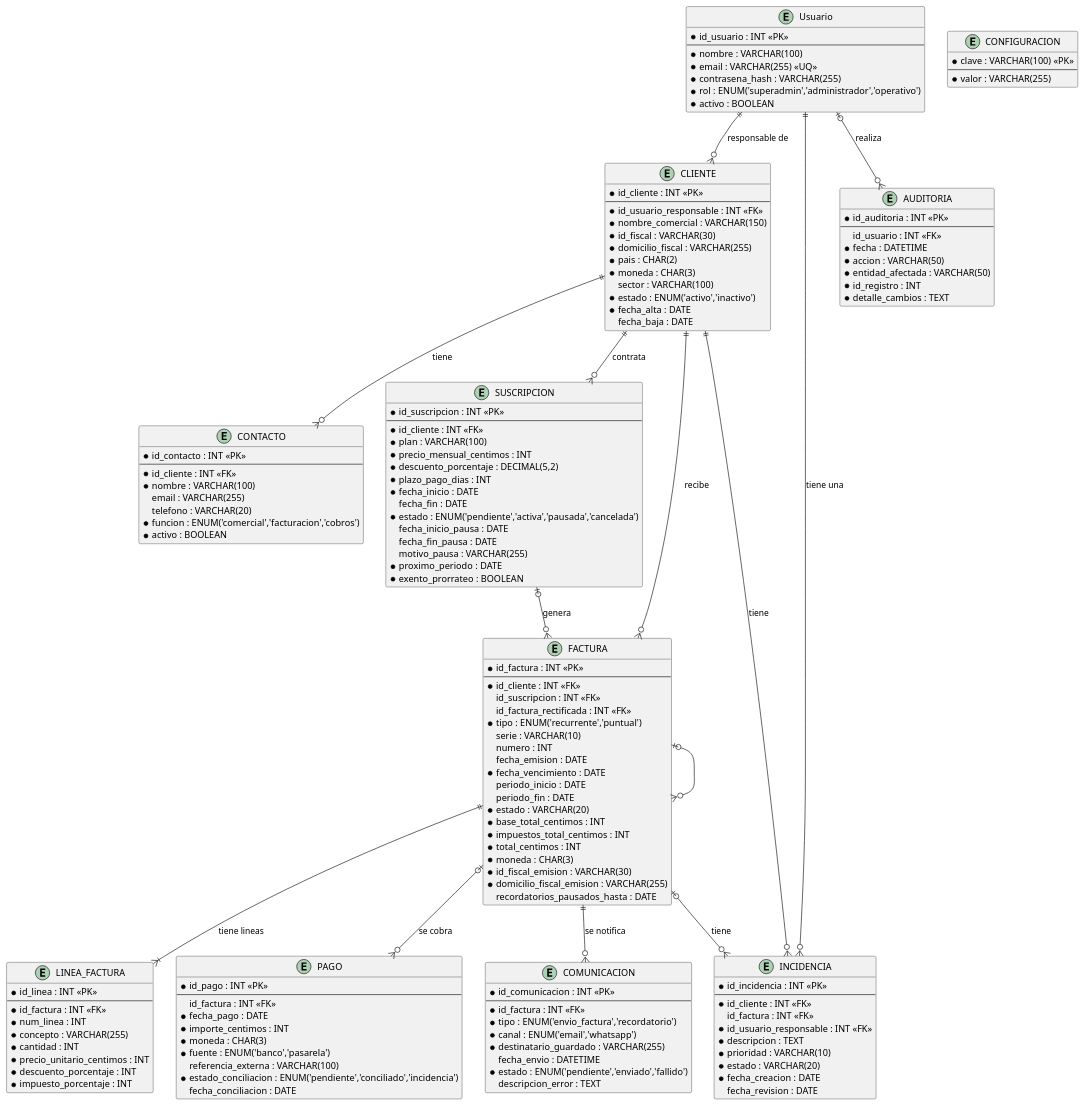
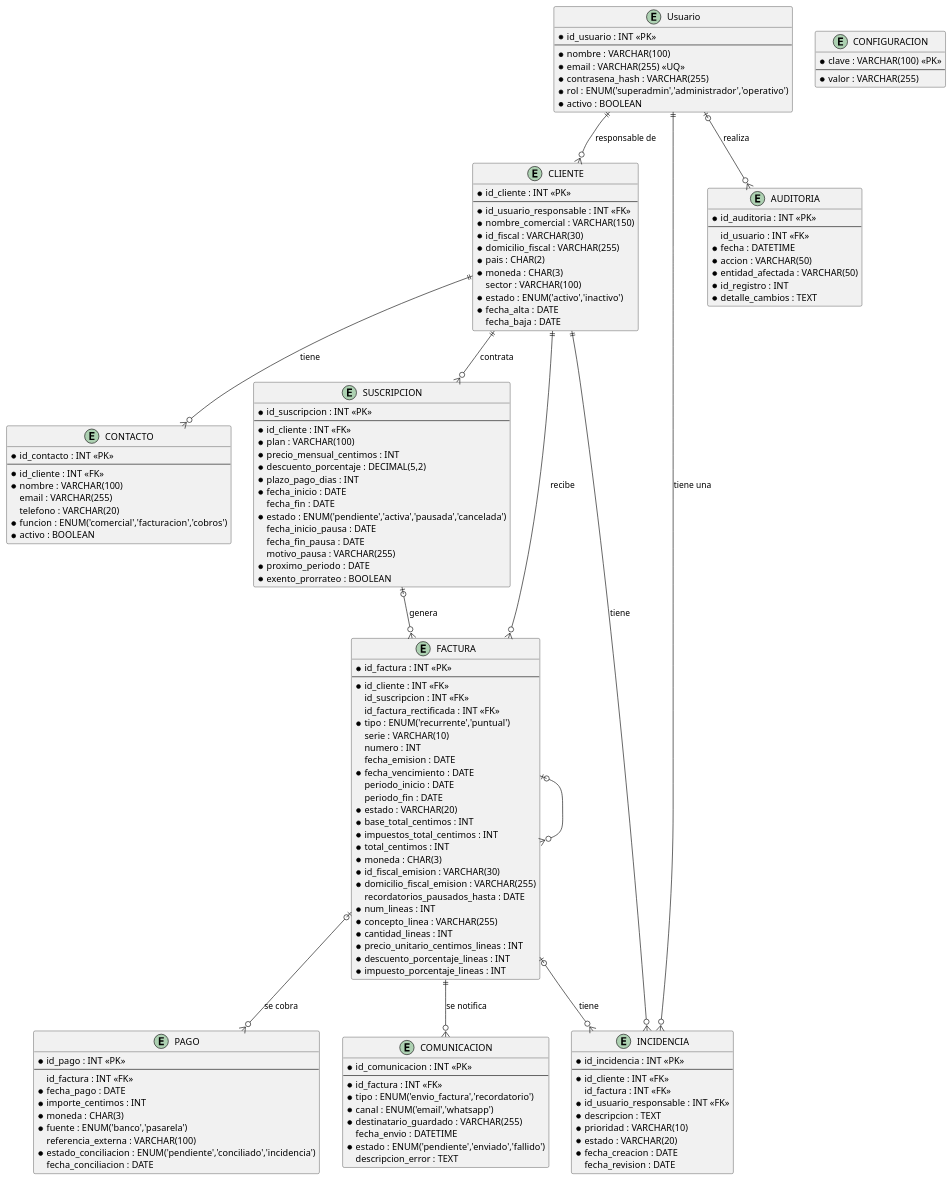
One commit to sandrardguezz/trabajo-ada changed the diagram in Diagramas/er/plantuml_er.md. Above: the diagram before and after it, drawn with PlantUML. The commit also changed other lines of this file, not shown here.

Commit message:
Remove LINEA_FACTURA entity from ER diagram
Removed LINEA_FACTURA entity and its relationships from the ER diagram.

```diff
--- a/Diagramas/er/plantuml_er.md
+++ b/Diagramas/er/plantuml_er.md
@@ -76,20 +75,13 @@
   * id_fiscal_emision : VARCHAR(30)
   * domicilio_fiscal_emision : VARCHAR(255)
     recordatorios_pausados_hasta : DATE
+  * num_lineas : INT
+  * concepto_linea : VARCHAR(255)
+  * cantidad_lineas : INT
+  * precio_unitario_centimos_lineas : INT
+  * descuento_porcentaje_lineas : INT
+  * impuesto_porcentaje_lineas : INT
 }
-
-entity "LINEA_FACTURA" as linFact {
-  * id_linea : INT <<PK>>
-  --
-  * id_factura : INT <<FK>>
-  * num_linea : INT
-  * concepto : VARCHAR(255)
-  * cantidad : INT
-  * precio_unitario_centimos : INT
-  * descuento_porcentaje : INT
-  * impuesto_porcentaje : INT
-}
-
 entity "PAGO" as pago {
   * id_pago : INT <<PK>>
   --
@@ -160,6 +152,5 @@
 factura     |o--o{ pago         : "se cobra"
 factura     ||--o{ comunicacion : "se notifica"
 factura     |o--o{ incidencia   : "tiene"
-factura     ||--|{ linFact      : "tiene lineas"
 
 @enduml
```
